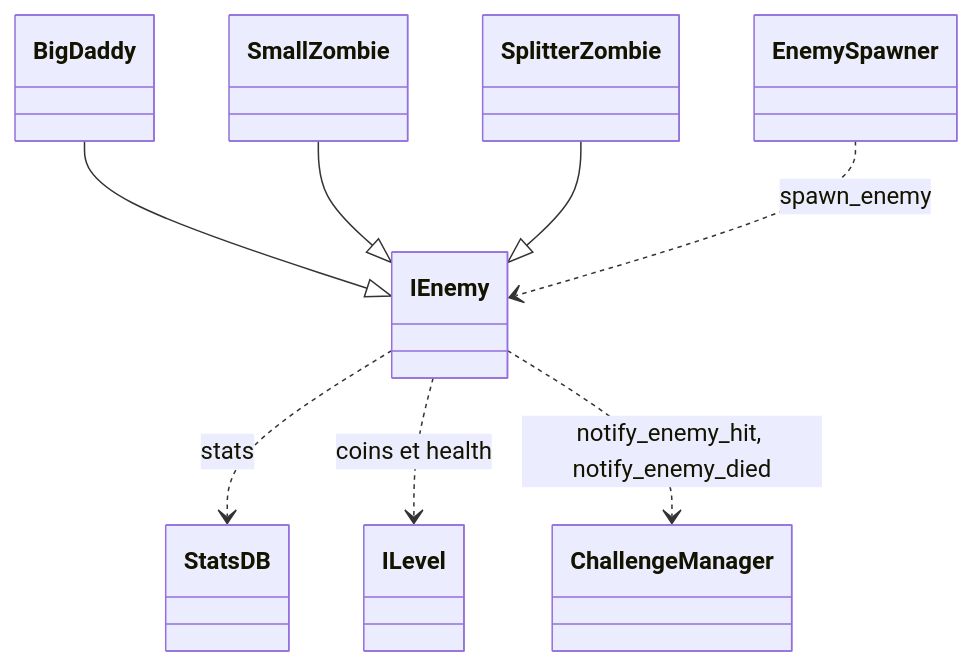
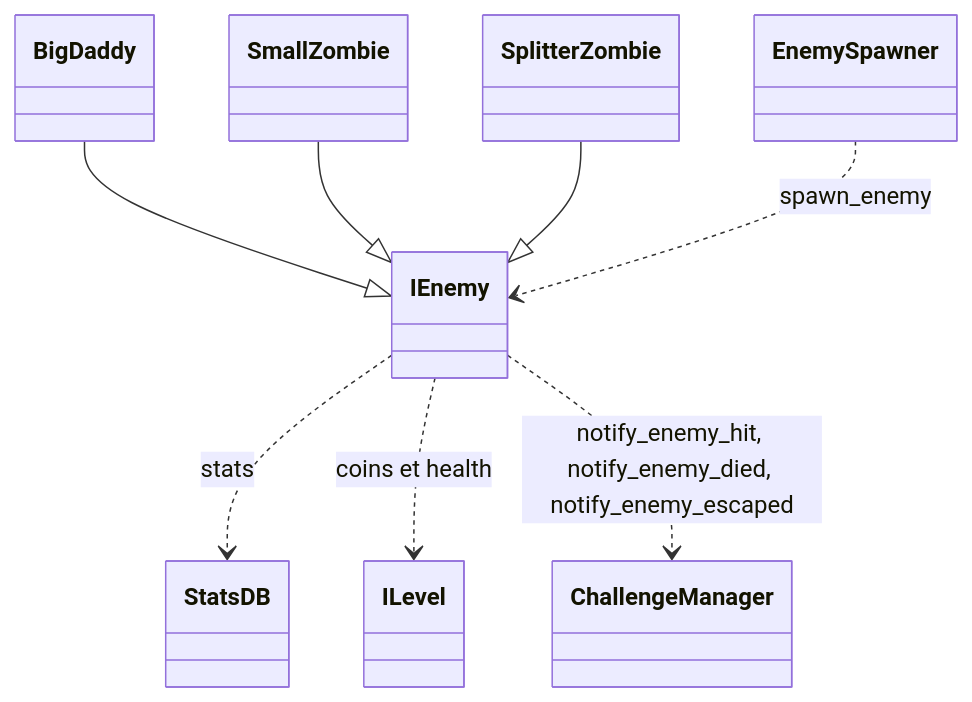
Before and after one commit to Cat-aclsym/documentation: the diagram in src/content/docs/development/models/enemy-model.md, drawn with Mermaid. The commit also changed other lines of this file and 10 other files, not shown here.

Commit message:
docs(models): Update the stats, enemy, tower, trap, projectile, wave, level, challenge, progression, armory and state machine models.

````diff
--- a/src/content/docs/development/models/enemy-model.md
+++ b/src/content/docs/development/models/enemy-model.md
@@ -13,10 +13,10 @@
 ```mermaid
 classDiagram
     BigDaddy --|> IEnemy
     SmallZombie --|> IEnemy
     SplitterZombie --|> IEnemy
     EnemySpawner ..> IEnemy : spawn_enemy
     IEnemy ..> StatsDB : stats
     IEnemy ..> ILevel : coins et health
-    IEnemy ..> ChallengeManager : notify_enemy_hit, notify_enemy_died
+    IEnemy ..> ChallengeManager : notify_enemy_hit, notify_enemy_died, notify_enemy_escaped
 ```
````
